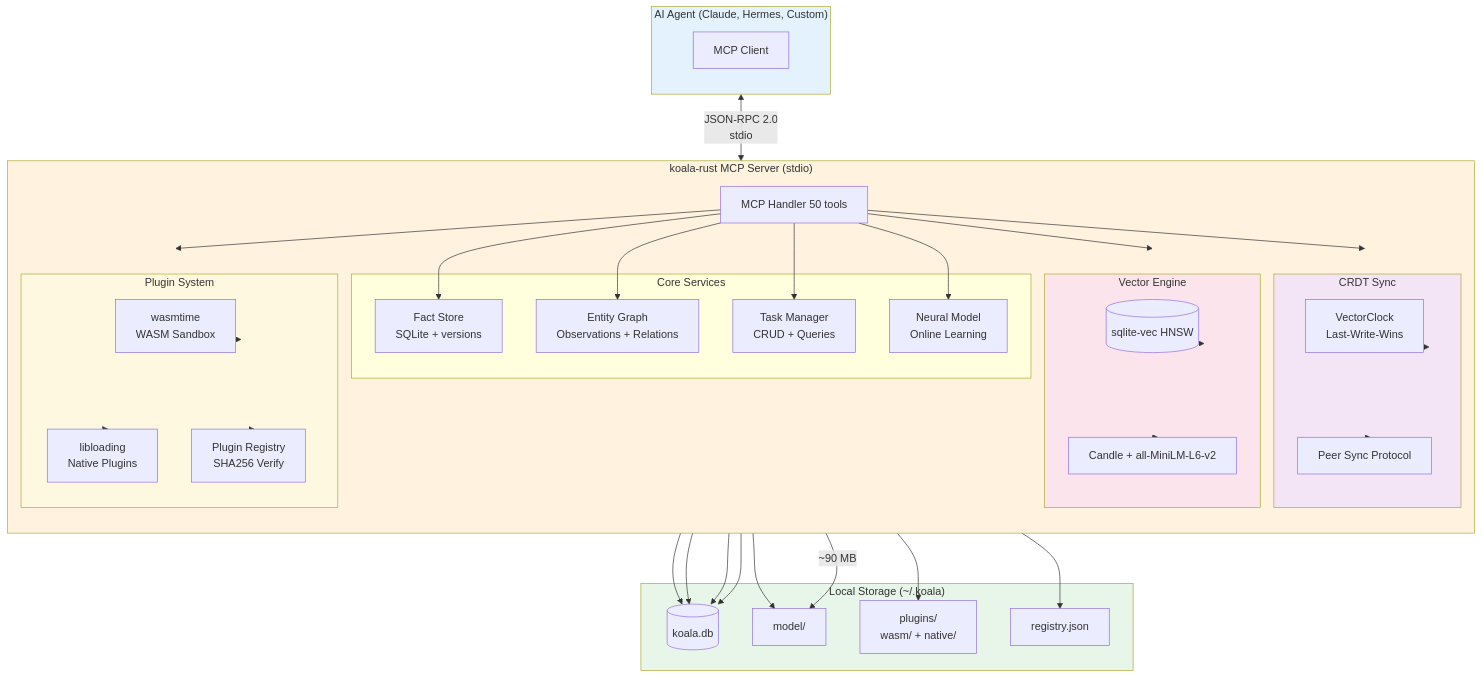
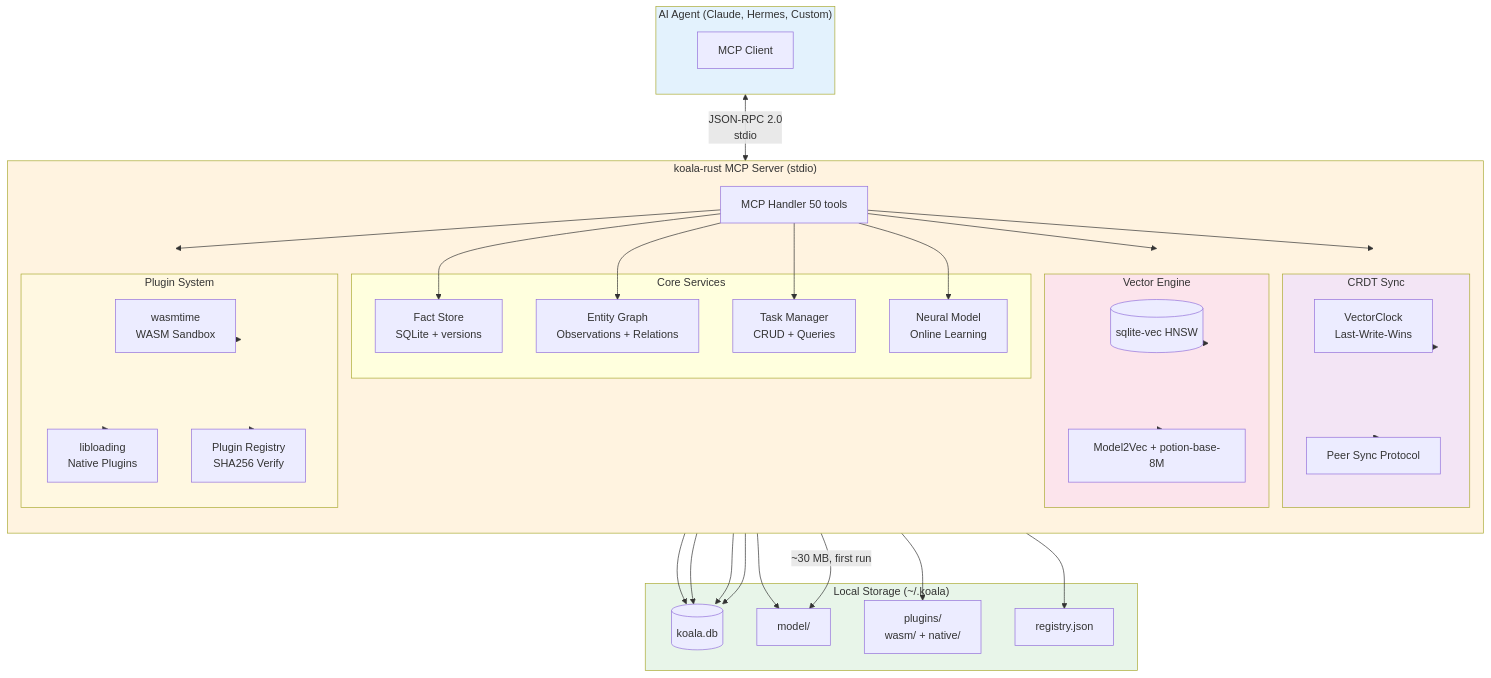
One commit to dbillion/koala-rust changed the diagram in README.md. Above: the diagram before and after it, drawn with Mermaid. The commit also changed other lines of this file, not shown here.

Commit message:
docs(readme): describe Model2Vec potion-base-8M (256-dim, runtime download)

````diff
--- a/README.md
+++ b/README.md
@@ -39,75 +39,75 @@
 ```mermaid
 flowchart TB
     subgraph Agent["AI Agent (Claude, Hermes, Custom)"]
         direction TB
         MCP_CLIENT[MCP Client]
     end
 
     subgraph Server["koala-rust MCP Server (stdio)"]
         direction TB
         MCP_HANDLER[MCP Handler 50 tools]
         
         subgraph Core["Core Services"]
             FACTS[Fact Store<br/>SQLite + versions]
             ENTITIES[Entity Graph<br/>Observations + Relations]
             TASKS[Task Manager<br/>CRUD + Queries]
             NEURAL[Neural Model<br/>Online Learning]
         end
         
         subgraph Vector["Vector Engine"]
             SQLITE_VEC[(sqlite-vec HNSW)]
-            EMBEDDINGS[Candle + all-MiniLM-L6-v2]
+            EMBEDDINGS[Model2Vec + potion-base-8M]
         end
         
         subgraph Sync["CRDT Sync"]
             VECTOR_CLOCK[VectorClock<br/>Last-Write-Wins]
             PEER_SYNC[Peer Sync Protocol]
         end
         
         subgraph Plugins["Plugin System"]
             WASM_RUNTIME[wasmtime<br/>WASM Sandbox]
             NATIVE_LOADER[libloading<br/>Native Plugins]
             MARKETPLACE[Plugin Registry<br/>SHA256 Verify]
         end
     end
 
     subgraph Storage["Local Storage (~/.koala)"]
         KOALA_DB[(koala.db)]
         MODEL_DIR[model/]
         PLUGIN_DIR[plugins/<br/>wasm/ + native/]
         REGISTRY[registry.json]
     end
 
     MCP_CLIENT <-->|JSON-RPC 2.0<br/>stdio| MCP_HANDLER
     MCP_HANDLER --> FACTS
     MCP_HANDLER --> ENTITIES
     MCP_HANDLER --> TASKS
     MCP_HANDLER --> NEURAL
     MCP_HANDLER --> Vector
     MCP_HANDLER --> Sync
     MCP_HANDLER --> Plugins
     
     FACTS --> KOALA_DB
     ENTITIES --> KOALA_DB
     TASKS --> KOALA_DB
     NEURAL --> MODEL_DIR
     Vector --> SQLITE_VEC
     Vector --> EMBEDDINGS
     Sync --> VECTOR_CLOCK
     Sync --> PEER_SYNC
     Plugins --> WASM_RUNTIME
     Plugins --> NATIVE_LOADER
     Plugins --> MARKETPLACE
     Plugins --> PLUGIN_DIR
     MARKETPLACE --> REGISTRY
     
     SQLITE_VEC --> KOALA_DB
-    EMBEDDINGS -->|~90 MB| MODEL_DIR
+    EMBEDDINGS -->|~30 MB, first run| MODEL_DIR
 
     style Agent fill:#e3f2fd
     style Server fill:#fff3e0
     style Storage fill:#e8f5e9
     style Vector fill:#fce4ec
     style Sync fill:#f3e5f5
     style Plugins fill:#fff8e1
 ```
````
